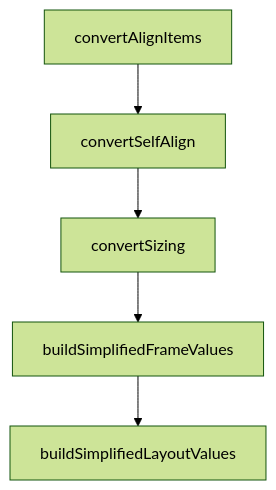
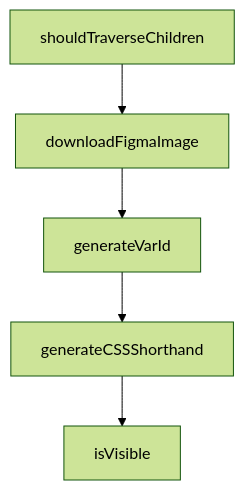
Before and after one commit to johnxie/awesome-code-docs: the diagram in tutorials/figma-context-mcp-tutorial/07-team-workflows-and-design-governance.md, drawn with Mermaid (forest theme). The commit also changed other lines of this file and 1232 other files, not shown here.

````diff
--- a/tutorials/figma-context-mcp-tutorial/07-team-workflows-and-design-governance.md
+++ b/tutorials/figma-context-mcp-tutorial/07-team-workflows-and-design-governance.md
@@ -200,12 +198,12 @@
 ```mermaid
 flowchart TD
-    A[convertAlignItems]
-    B[convertSelfAlign]
-    C[convertSizing]
-    D[buildSimplifiedFrameValues]
-    E[buildSimplifiedLayoutValues]
+    A[shouldTraverseChildren]
+    B[downloadFigmaImage]
+    C[generateVarId]
+    D[generateCSSShorthand]
+    E[isVisible]
     A --> B
     B --> C
     C --> D
     D --> E
 ```
````
